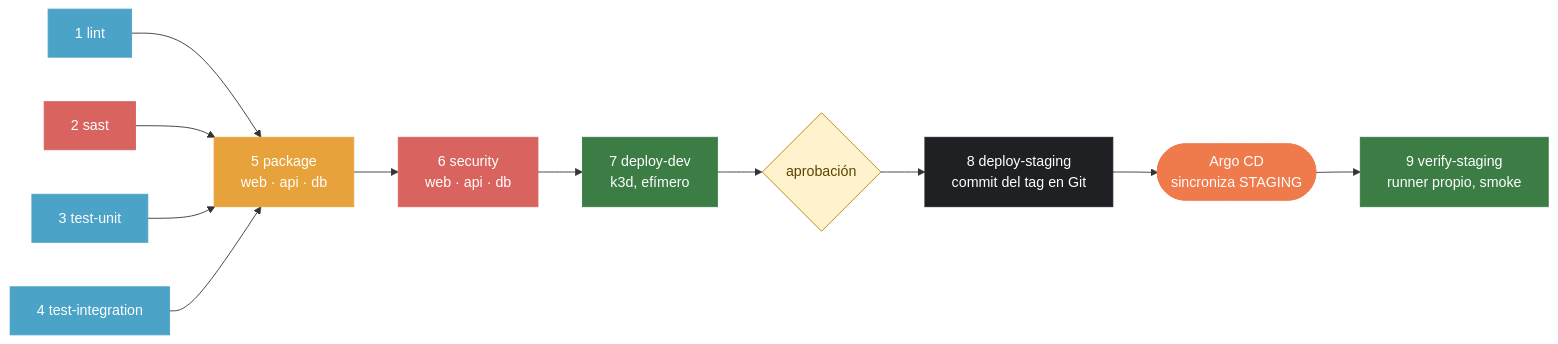
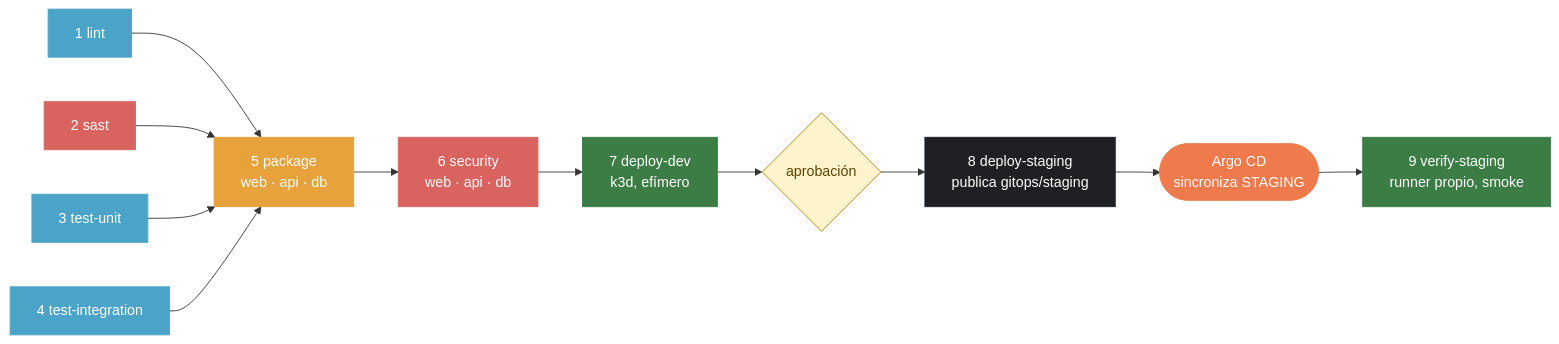
One commit to Jesusro-del/demo-cicd changed the diagram in README.md. Above: the diagram before and after it, drawn with Mermaid. The commit also changed other lines of this file and 5 other files, not shown here.

First line of the commit message:
Reto 4: Argo CD mira la rama gitops/staging (sin bypass en main)

````diff
--- a/README.md
+++ b/README.md
@@ -11,19 +11,19 @@
 ```mermaid
 flowchart LR
     L["1 lint"] --> P["5 package<br/>web · api · db"]
     S["2 sast"] --> P
     TU["3 test-unit"] --> P
     TI["4 test-integration"] --> P
-    P --> SEC["6 security<br/>web · api · db"] --> DEV["7 deploy-dev<br/>k3d, efímero"] --> AP{"aprobación"} --> STG["8 deploy-staging<br/>commit del tag en Git"] --> ARGO(["Argo CD<br/>sincroniza STAGING"]) --> VS["9 verify-staging<br/>runner propio, smoke"]
+    P --> SEC["6 security<br/>web · api · db"] --> DEV["7 deploy-dev<br/>k3d, efímero"] --> AP{"aprobación"} --> STG["8 deploy-staging<br/>publica gitops/staging"] --> ARGO(["Argo CD<br/>sincroniza STAGING"]) --> VS["9 verify-staging<br/>runner propio, smoke"]
     style L fill:#4ba3c7,stroke:#4ba3c7,color:#fff
     style S fill:#d9635f,stroke:#d9635f,color:#fff
     style TU fill:#4ba3c7,stroke:#4ba3c7,color:#fff
     style TI fill:#4ba3c7,stroke:#4ba3c7,color:#fff
     style P fill:#e8a23b,stroke:#e8a23b,color:#fff
     style SEC fill:#d9635f,stroke:#d9635f,color:#fff
     style DEV fill:#3b7d45,stroke:#3b7d45,color:#fff
     style AP fill:#fff3cd,stroke:#b58105,color:#5c4300
     style STG fill:#1f2024,stroke:#1f2024,color:#fff
     style ARGO fill:#ef7b4d,stroke:#ef7b4d,color:#fff
     style VS fill:#3b7d45,stroke:#3b7d45,color:#fff
 ```
````
